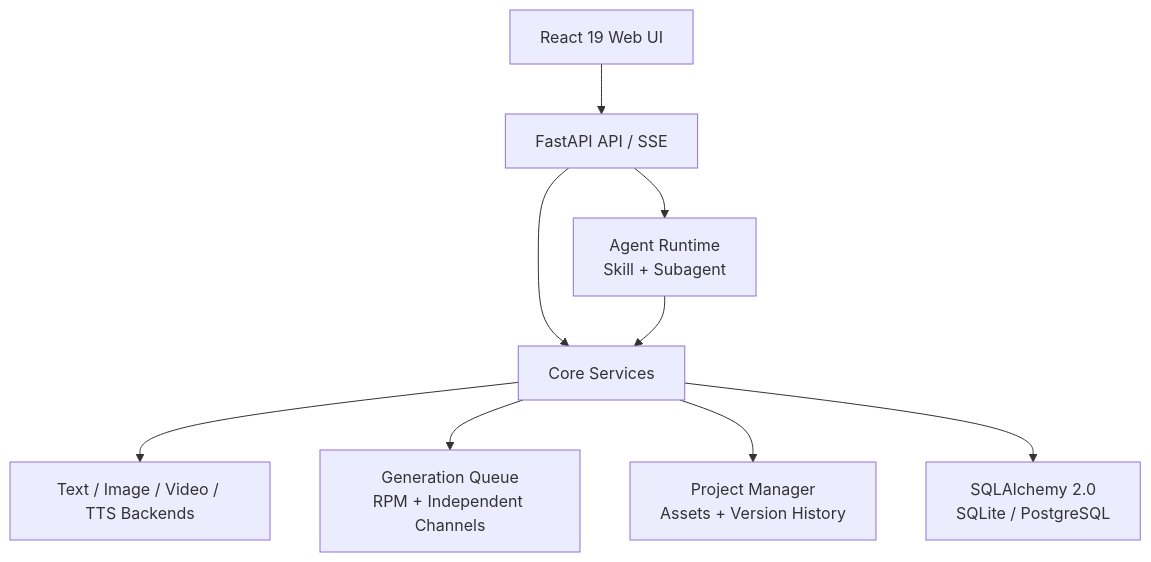
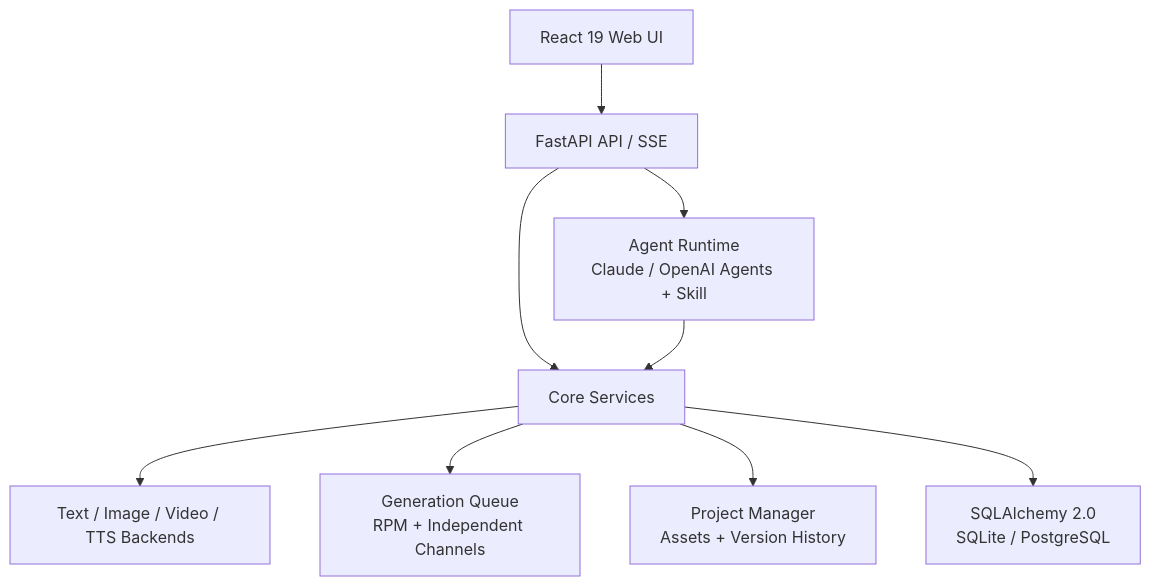
The second of 2 diagrams in README.en.md (ghc4412/Shotwise), drawn with Mermaid before and after one commit. The commit also changed other lines of this file and 10 other files, not shown here.

````diff
--- a/README.en.md
+++ b/README.en.md
@@ -197,11 +201,11 @@
 ```mermaid
 flowchart TB
     UI["React 19 Web UI"] --> API["FastAPI API / SSE"]
-    API --> AGENT["Agent Runtime<br/>Skill + Subagent"]
+    API --> AGENT["Agent Runtime<br/>Claude / OpenAI Agents + Skill"]
     API --> CORE["Core Services"]
     AGENT --> CORE
     CORE --> PROVIDERS["Text / Image / Video / TTS Backends"]
     CORE --> QUEUE["Generation Queue<br/>RPM + Independent Channels"]
     CORE --> PROJECTS["Project Manager<br/>Assets + Version History"]
     CORE --> DB["SQLAlchemy 2.0<br/>SQLite / PostgreSQL"]
 ```
````
